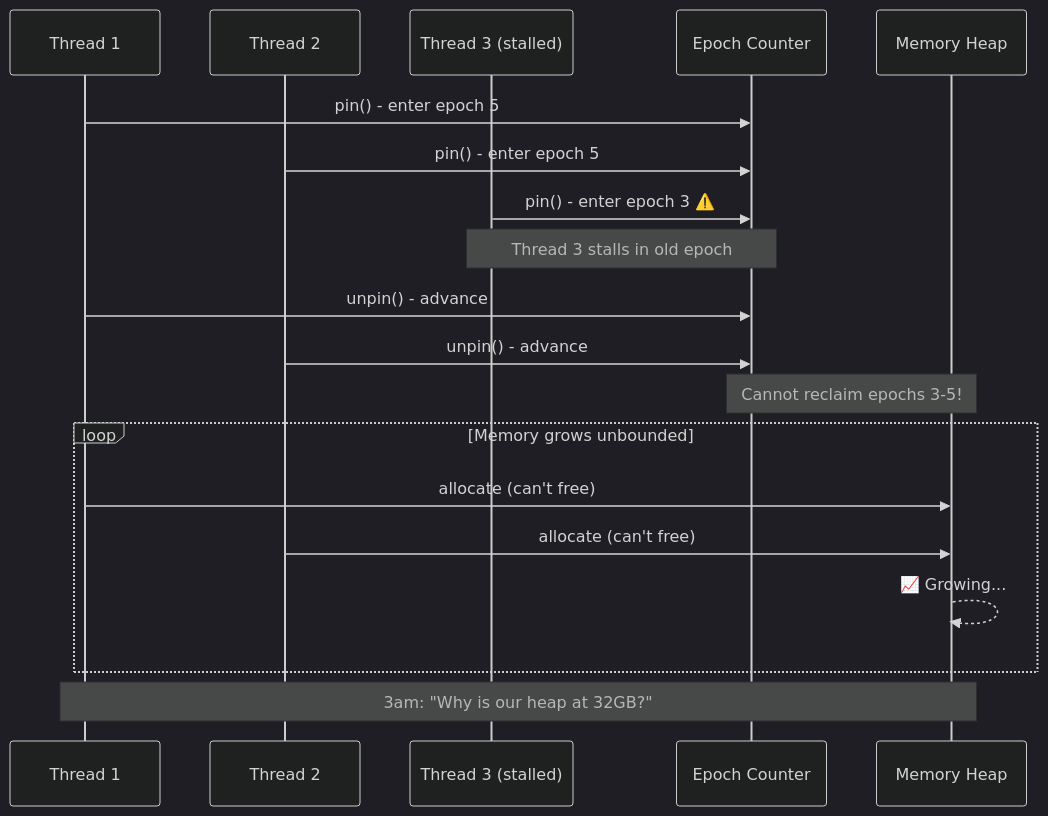
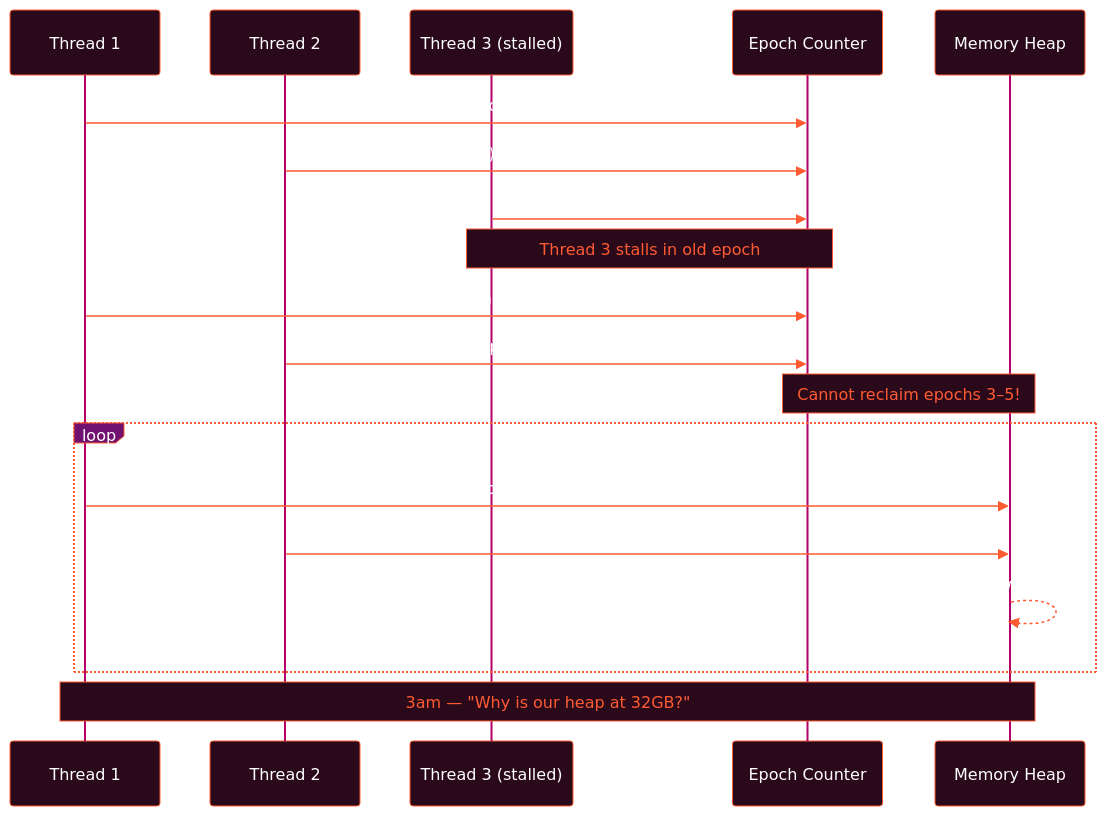
One commit to vertexclique/vertexclique.github.io changed the first of 6 diagrams in src/content/posts/kovan-from-prod-to-mr.mdx. Above: the diagram before and after it, drawn with Mermaid. The commit also changed other lines of this file, not shown here.

````diff
--- a/src/content/posts/kovan-from-prod-to-mr.mdx
+++ b/src/content/posts/kovan-from-prod-to-mr.mdx
@@ -24,28 +24,28 @@
 ```mermaid
-%%{init: {'theme':'dark'}}%%
+%%{init: {'theme': 'base', 'themeVariables': {'primaryColor': '#2a0a1a', 'primaryTextColor': '#ffffff', 'primaryBorderColor': '#FF5A32', 'lineColor': '#DD324A', 'secondaryColor': '#1a0a2a', 'tertiaryColor': '#121212', 'background': '#121212', 'mainBkg': '#1e0f1e', 'nodeBorder': '#FF5A32', 'clusterBkg': '#1a0818', 'titleColor': '#FF5A32', 'edgeLabelBackground': '#2a0a1a', 'actorBkg': '#2a0a1a', 'actorBorder': '#FF5A32', 'actorTextColor': '#ffffff', 'actorLineColor': '#B40068', 'signalColor': '#FF5A32', 'signalTextColor': '#ffffff', 'labelBoxBkgColor': '#701170', 'labelBoxBorderColor': '#FF5A32', 'labelTextColor': '#ffffff', 'loopTextColor': '#ffffff', 'noteBorderColor': '#FF5A32', 'noteBkgColor': '#2a0a1a', 'noteTextColor': '#FF5A32', 'activationBorderColor': '#DD324A', 'activationBkgColor': '#1a0818', 'sequenceNumberColor': '#FF5A32'}}}%%
 sequenceDiagram
     participant T1 as Thread 1
     participant T2 as Thread 2
     participant T3 as Thread 3 (stalled)
     participant Epoch as Epoch Counter
     participant Heap as Memory Heap
 
-    T1->>Epoch: pin() - enter epoch 5
-    T2->>Epoch: pin() - enter epoch 5
-    T3->>Epoch: pin() - enter epoch 3 ⚠️
+    T1->>Epoch: pin() — enter epoch 5
+    T2->>Epoch: pin() — enter epoch 5
+    T3->>Epoch: pin() — enter epoch 3 [stalled]
 
     Note over T3,Epoch: Thread 3 stalls in old epoch
 
-    T1->>Epoch: unpin() - advance
-    T2->>Epoch: unpin() - advance
+    T1->>Epoch: unpin() — advance
+    T2->>Epoch: unpin() — advance
 
-    Note over Epoch,Heap: Cannot reclaim epochs 3-5!
+    Note over Epoch,Heap: Cannot reclaim epochs 3–5!
 
     loop Memory grows unbounded
         T1->>Heap: allocate (can't free)
         T2->>Heap: allocate (can't free)
-        Heap-->>Heap: 📈 Growing...
+        Heap-->>Heap: Growing...
     end
 
-    Note over T1,Heap: 3am: "Why is our heap at 32GB?"
+    Note over T1,Heap: 3am — "Why is our heap at 32GB?"
 ```
````
